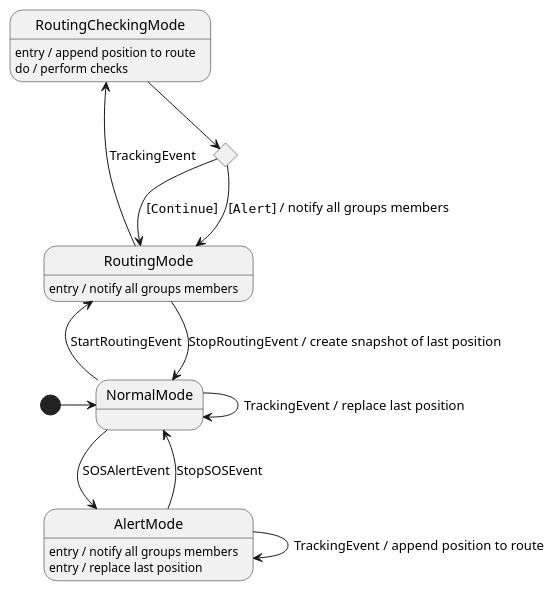
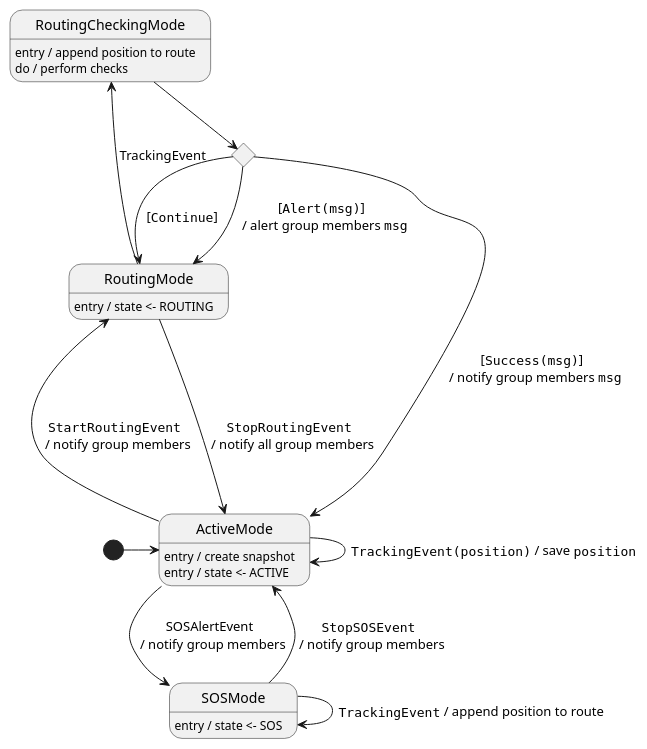
The second of 3 diagrams in content/docs/design/location-service.md (position-pal/Documentation), drawn with PlantUML before and after one commit. The commit also changed other lines of this file, not shown here.

Commit message:
docs: improve schemas

````diff
--- a/content/docs/design/location-service.md
+++ b/content/docs/design/location-service.md
@@ -150,25 +153,29 @@
 ```plantuml 
 @startuml location-service-behavior
 
-[*] -> NormalMode
+[*] -> ActiveMode
 
-NormalMode -> NormalMode : TrackingEvent / replace last position
+ActiveMode -> ActiveMode : ""TrackingEvent(position)"" / save ""position""
+ActiveMode: entry / create snapshot
+ActiveMode: entry / state <- ACTIVE
+ActiveMode -up-> RoutingMode : ""StartRoutingEvent"" \n / notify group members
+ActiveMode --> SOSMode : SOSAlertEvent \n / notify group members
 
-NormalMode -up-> RoutingMode : StartRoutingEvent
-RoutingMode: entry / notify all groups members
-RoutingMode -up-> NormalMode : StopRoutingEvent / create snapshot of last position
+RoutingMode: entry / state <- ROUTING
+RoutingMode ---> ActiveMode : ""StopRoutingEvent"" \n / notify all group members
 RoutingMode -up-> RoutingCheckingMode : TrackingEvent
+'RoutingMode --> RoutingMode : [no updates for a while] \n / alert all group members \n / state <- INACTIVE
+
 RoutingCheckingMode: entry / append position to route
 RoutingCheckingMode: do / perform checks
 state c <<choice>>
 RoutingCheckingMode --> c
 c --> RoutingMode : [""Continue""]
-c --> RoutingMode : [""Alert""] / notify all groups members
+c --> RoutingMode : [""Alert(msg)""] \n / alert group members ""msg""
+c --> ActiveMode : [""Success(msg)""] \n / notify group members ""msg""
 
-NormalMode --> AlertMode : SOSAlertEvent
-AlertMode: entry / notify all groups members
-AlertMode: entry / replace last position
-AlertMode --> AlertMode : TrackingEvent / append position to route
-AlertMode --> NormalMode : StopSOSEvent
+SOSMode: entry / state <- SOS
+SOSMode --> SOSMode : ""TrackingEvent"" / append position to route
+SOSMode --> ActiveMode : ""StopSOSEvent"" \n / notify group members
 @enduml
 ```
````
